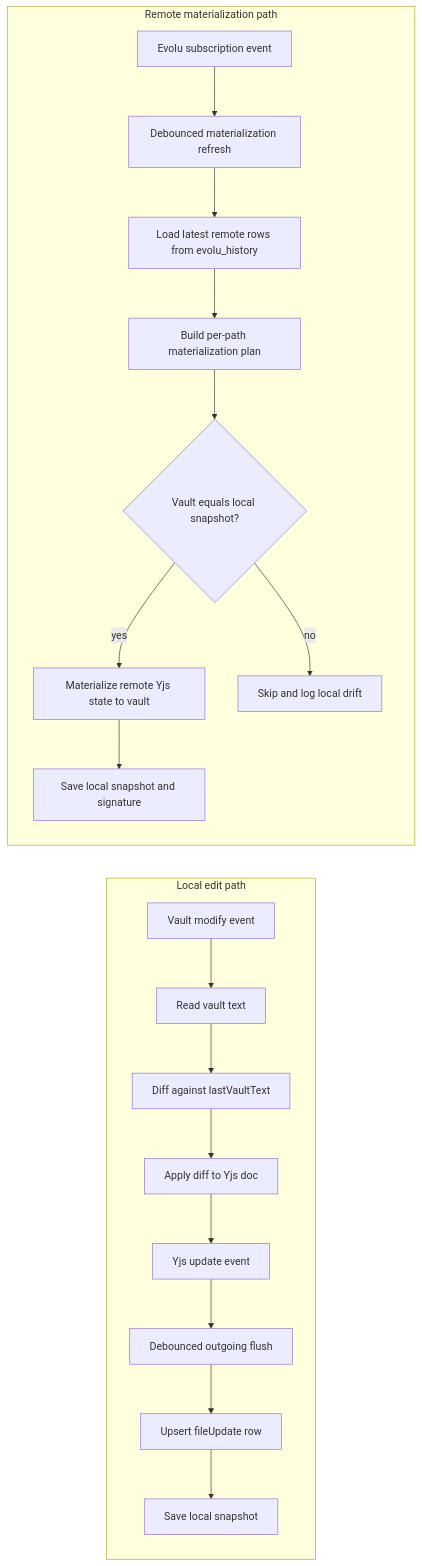
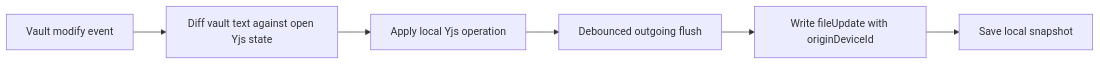
Before and after one commit to elcomtik/obsidian-local-sync: the third of 4 diagrams in docs/sync-flow.md, drawn with Mermaid. The commit also changed other lines of this file and 15 other files, not shown here.

````diff
--- a/docs/sync-flow.md
+++ b/docs/sync-flow.md
@@ -38,22 +58,8 @@
 ```mermaid
 flowchart LR
-  subgraph Local edit path
-    A[Vault modify event] --> B[Read vault text]
-    B --> C[Diff against lastVaultText]
-    C --> D[Apply diff to Yjs doc]
-    D --> E[Yjs update event]
-    E --> F[Debounced outgoing flush]
-    F --> G[Upsert fileUpdate row]
-    G --> H[Save local snapshot]
-  end
-
-  subgraph Remote materialization path
-    I[Evolu subscription event] --> J[Debounced materialization refresh]
-    J --> K[Load latest remote rows from evolu_history]
-    K --> L[Build per-path materialization plan]
-    L --> M{Vault equals local snapshot?}
-    M -- yes --> N[Materialize remote Yjs state to vault]
-    N --> O[Save local snapshot and signature]
-    M -- no --> P[Skip and log local drift]
-  end
+  A[Vault modify event] --> B[Diff vault text against open Yjs state]
+  B --> C[Apply local Yjs operation]
+  C --> D[Debounced outgoing flush]
+  D --> E[Write fileUpdate with originDeviceId]
+  E --> F[Save local snapshot]
 ```
````
